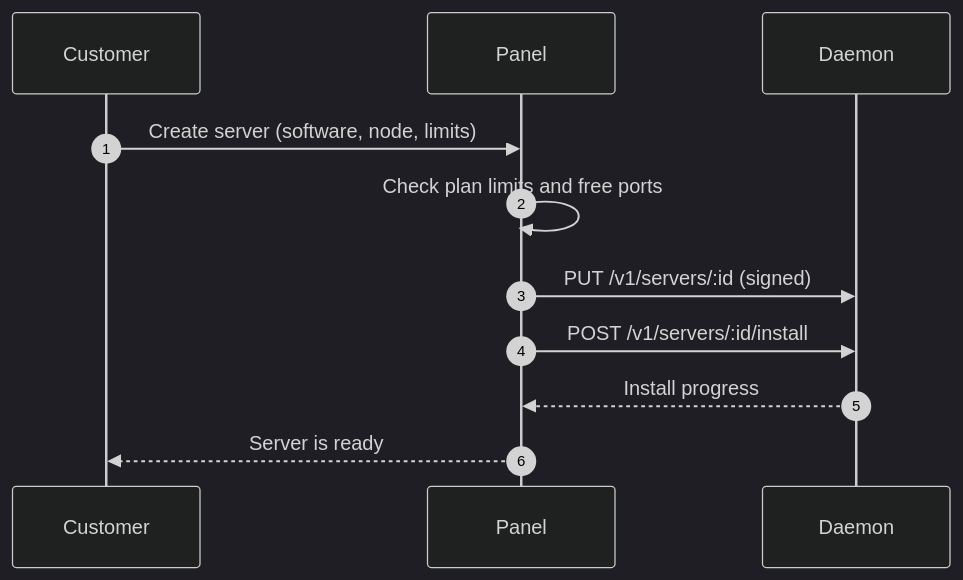
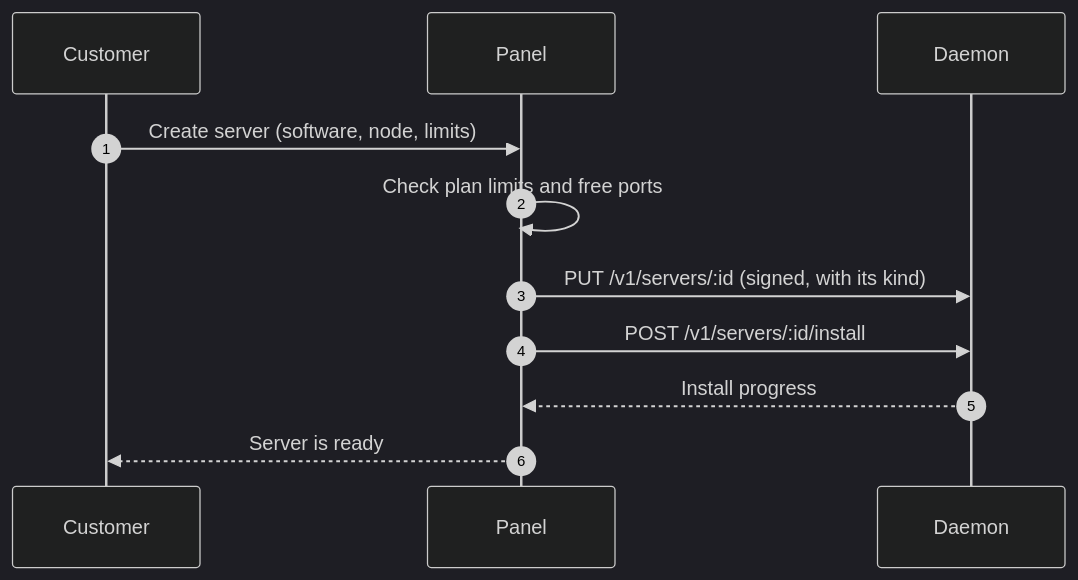
The second of 2 diagrams in src/content/docs/architecture.mdx (MonoPanelOFFICIAL/MonoPanel-Home), drawn with Mermaid before and after one commit. The commit also changed other lines of this file and 24 other files, not shown here.

````diff
--- a/src/content/docs/architecture.mdx
+++ b/src/content/docs/architecture.mdx
@@ -37,14 +41,14 @@
 ```mermaid
 %%{init: {"theme": "dark", "themeVariables": {"primaryColor": "#111", "primaryTextColor": "#e0e0e0", "primaryBorderColor": "#666", "lineColor": "#fff", "secondaryColor": "#1c1c1c", "tertiaryColor": "#222", "fontFamily": "ui-monospace, SF Mono, Fira Code, monospace"}} }%%
 sequenceDiagram
     autonumber
     participant C as Customer
     participant P as Panel
     participant D as Daemon
     C->>P: Create server (software, node, limits)
     P->>P: Check plan limits and free ports
-    P->>D: PUT /v1/servers/:id (signed)
+    P->>D: PUT /v1/servers/:id (signed, with its kind)
     P->>D: POST /v1/servers/:id/install
     D-->>P: Install progress
     P-->>C: Server is ready
 ```
````
